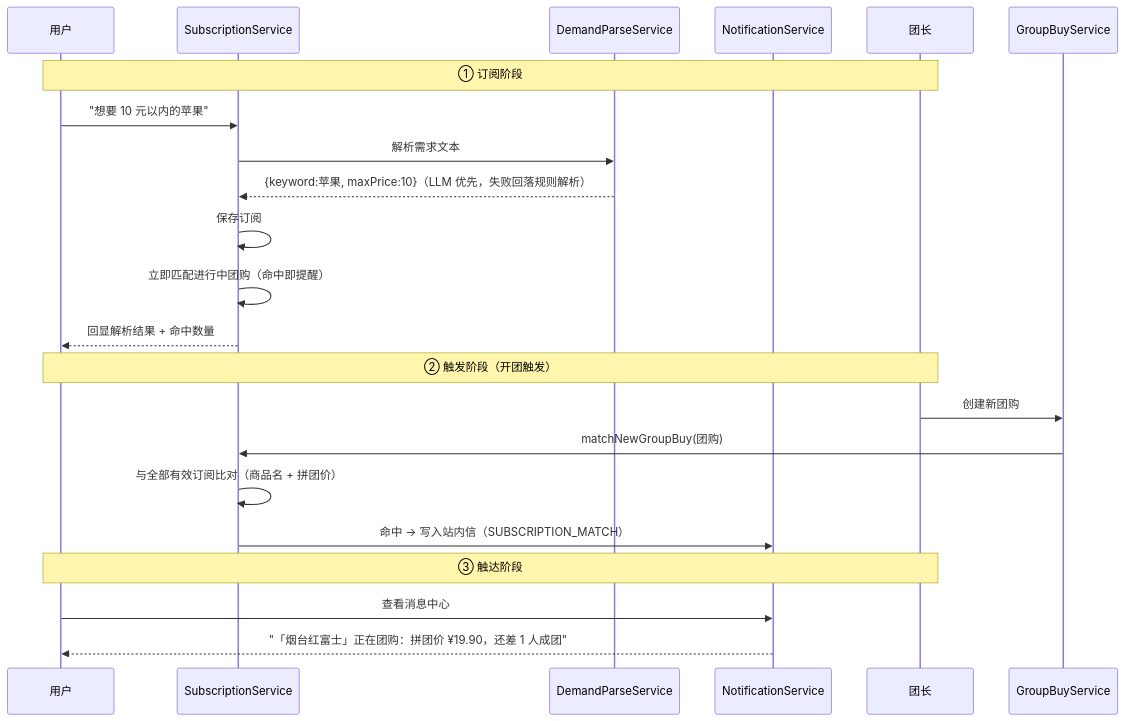
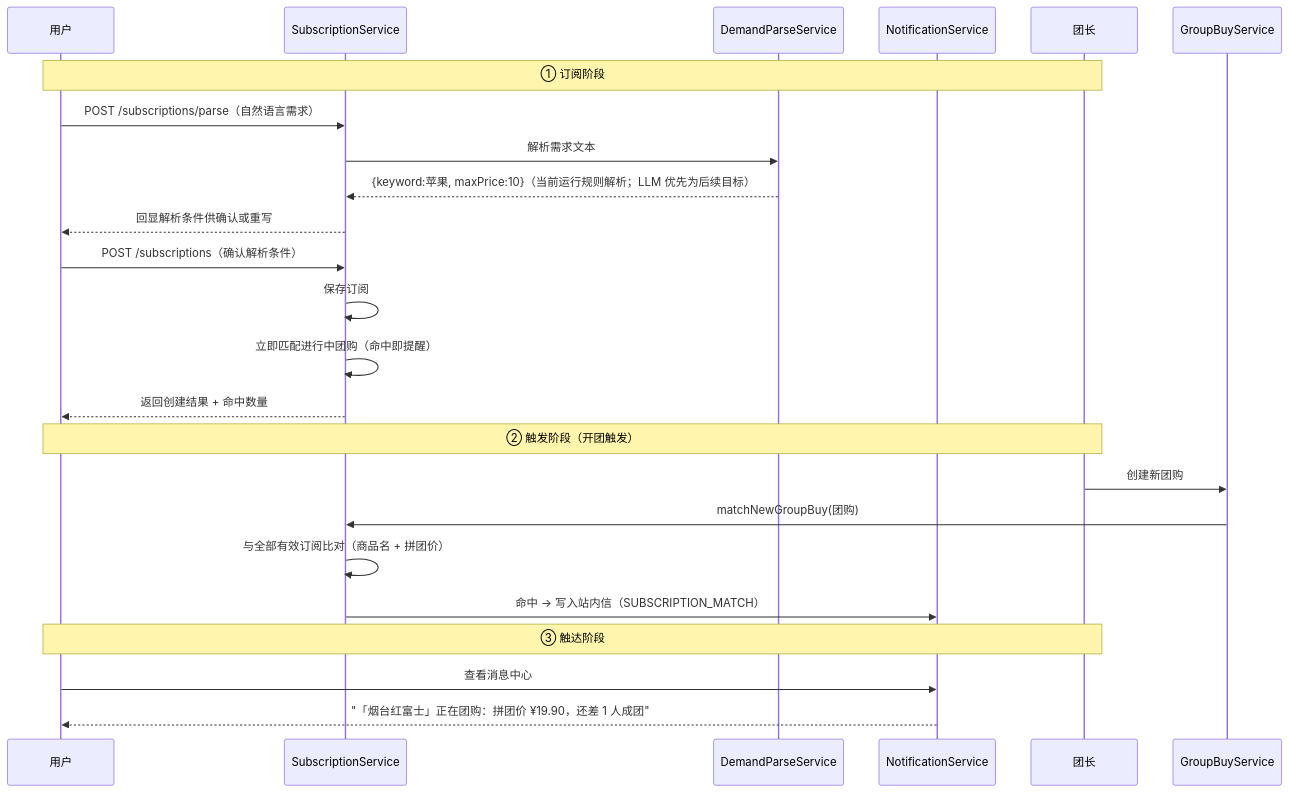
The seventh of 8 diagrams in docs/design-document.md (KeepRising-l/FreshCommunity), drawn with Mermaid before and after one commit. The commit also changed other lines of this file and 28 other files, not shown here.

````diff
--- a/docs/design-document.md
+++ b/docs/design-document.md
@@ -429,27 +430,29 @@
 ```mermaid
 sequenceDiagram
     participant U as 用户
     participant API as SubscriptionService
     participant P as DemandParseService
     participant N as NotificationService
     participant L as 团长
     participant GB as GroupBuyService
 
     Note over U,L: ① 订阅阶段
-    U->>API: "想要 10 元以内的苹果"
+    U->>API: POST /subscriptions/parse（自然语言需求）
     API->>P: 解析需求文本
-    P-->>API: {keyword:苹果, maxPrice:10}（LLM 优先，失败回落规则解析）
+    P-->>API: {keyword:苹果, maxPrice:10}（当前运行规则解析；LLM 优先为后续目标）
+    API-->>U: 回显解析条件供确认或重写
+    U->>API: POST /subscriptions（确认解析条件）
     API->>API: 保存订阅
     API->>API: 立即匹配进行中团购（命中即提醒）
-    API-->>U: 回显解析结果 + 命中数量
+    API-->>U: 返回创建结果 + 命中数量
 
     Note over U,L: ② 触发阶段（开团触发）
     L->>GB: 创建新团购
     GB->>API: matchNewGroupBuy(团购)
     API->>API: 与全部有效订阅比对（商品名 + 拼团价）
     API->>N: 命中 → 写入站内信（SUBSCRIPTION_MATCH）
 
     Note over U,L: ③ 触达阶段
     U->>N: 查看消息中心
     N-->>U: "「烟台红富士」正在团购：拼团价 ¥19.90，还差 1 人成团"
 ```
````
